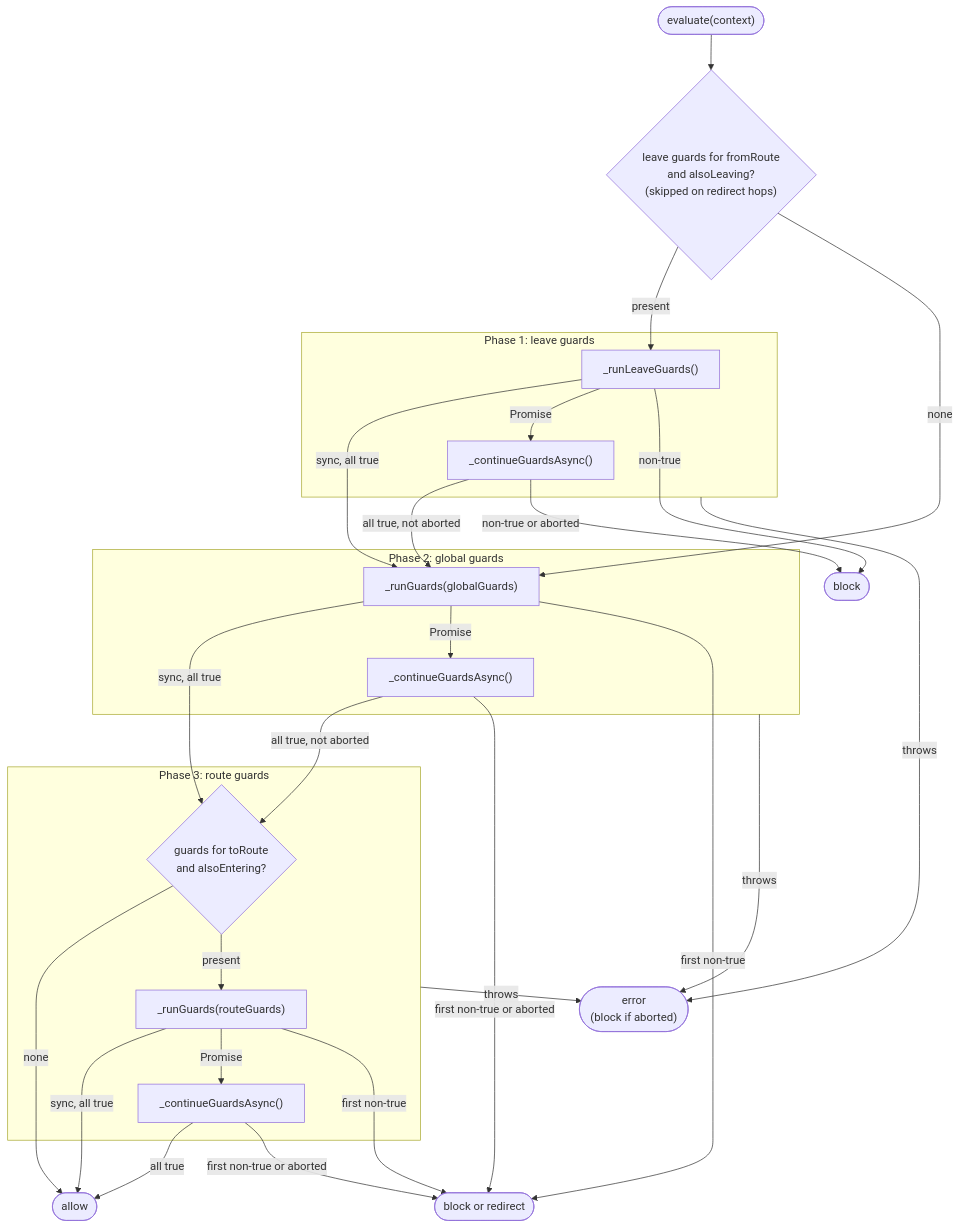
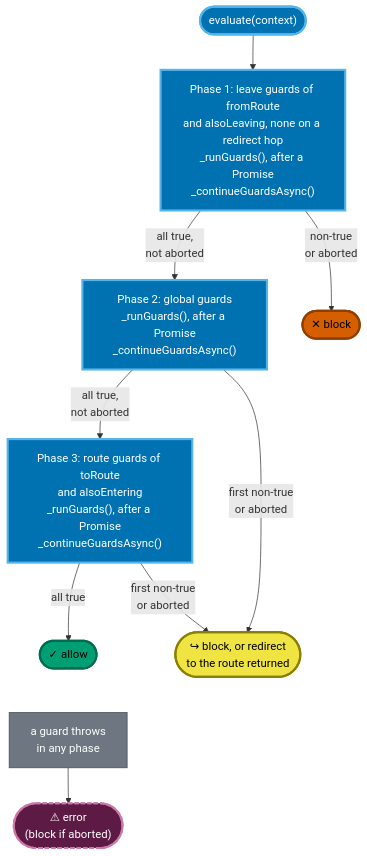
One commit to wridgeu/ui5-lib-guard-router changed the fifth of 10 diagrams in docs/reference/architecture.md. Above: the diagram before and after it, drawn with Mermaid. The commit also changed other lines of this file and 202 other files, not shown here.

````diff
--- a/docs/reference/architecture.md
+++ b/docs/reference/architecture.md
@@ -582,47 +618,27 @@
 ```mermaid
 flowchart TD
-    start(["evaluate(context)"]) --> lcheck{"leave guards for fromRoute<br/>and alsoLeaving?<br/>(skipped on redirect hops)"}
+    start(["evaluate(context)"]) --> p1["Phase 1: leave guards of fromRoute<br/>and alsoLeaving, none on a redirect hop<br/>_runGuards(), after a Promise<br/>_continueGuardsAsync()"]
+    p1 -- "all true,<br/>not aborted" --> p2["Phase 2: global guards<br/>_runGuards(), after a Promise<br/>_continueGuardsAsync()"]
+    p2 -- "all true,<br/>not aborted" --> p3["Phase 3: route guards of toRoute<br/>and alsoEntering<br/>_runGuards(), after a Promise<br/>_continueGuardsAsync()"]
+    p3 -- "all true" --> allow(["✓ allow"])
 
-    subgraph phase1 ["Phase 1: leave guards"]
-        lrun["_runLeaveGuards()"]
-        lfin["_continueGuardsAsync()"]
-    end
+    p1 -- "non-true<br/>or aborted" --> block(["✕ block"])
+    p2 -- "first non-true<br/>or aborted" --> result(["↪ block, or redirect<br/>to the route returned"])
+    p3 -- "first non-true<br/>or aborted" --> result
 
-    subgraph phase2 ["Phase 2: global guards"]
-        gsync["_runGuards(globalGuards)"]
-        gfin["_continueGuardsAsync()"]
-    end
+    allow ~~~ throws["a guard throws<br/>in any phase"]
+    throws --> error(["⚠ error<br/>(block if aborted)"])
 
-    subgraph phase3 ["Phase 3: route guards"]
-        rcheck{"guards for toRoute<br/>and alsoEntering?"}
-        rsync["_runGuards(routeGuards)"]
-        rfin["_continueGuardsAsync()"]
-    end
-
-    lcheck -- "present" --> lrun
-    lcheck -- "none" --> gsync
-    lrun -- "sync, all true" --> gsync
-    lrun -- "Promise" --> lfin
-    lfin -- "all true, not aborted" --> gsync
-
-    gsync -- "sync, all true" --> rcheck
-    gsync -- "Promise" --> gfin
-    gfin -- "all true, not aborted" --> rcheck
-
-    rcheck -- "none" --> allow(["allow"])
-    rcheck -- "present" --> rsync
-    rsync -- "sync, all true" --> allow
-    rsync -- "Promise" --> rfin
-    rfin -- "all true" --> allow
-
-    lrun -- "non-true" --> block(["block"])
-    lfin -- "non-true or aborted" --> block
-    gsync -- "first non-true" --> result(["block or redirect"])
-    gfin -- "first non-true or aborted" --> result
-    rsync -- "first non-true" --> result
-    rfin -- "first non-true or aborted" --> result
-
-    phase1 -- "throws" --> error(["error<br/>(block if aborted)"])
-    phase2 -- "throws" --> error
-    phase3 -- "throws" --> error
+    classDef native fill:#6e7781,stroke:#424a53,color:#ffffff
+    classDef added fill:#0072B2,stroke:#56B4E9,stroke-width:3px,color:#ffffff
+    classDef commit fill:#009E73,stroke:#006b4e,stroke-width:3px,color:#000000
+    classDef redirect fill:#F0E442,stroke:#8a7f00,stroke-width:3px,color:#000000
+    classDef block fill:#D55E00,stroke:#8f3f00,stroke-width:3px,color:#000000
+    classDef error fill:#5c1a44,stroke:#CC79A7,stroke-width:3px,stroke-dasharray:6 3,color:#ffffff
+    class throws native
+    class start,p1,p2,p3 added
+    class allow commit
+    class result redirect
+    class block block
+    class error error
 ```
````
